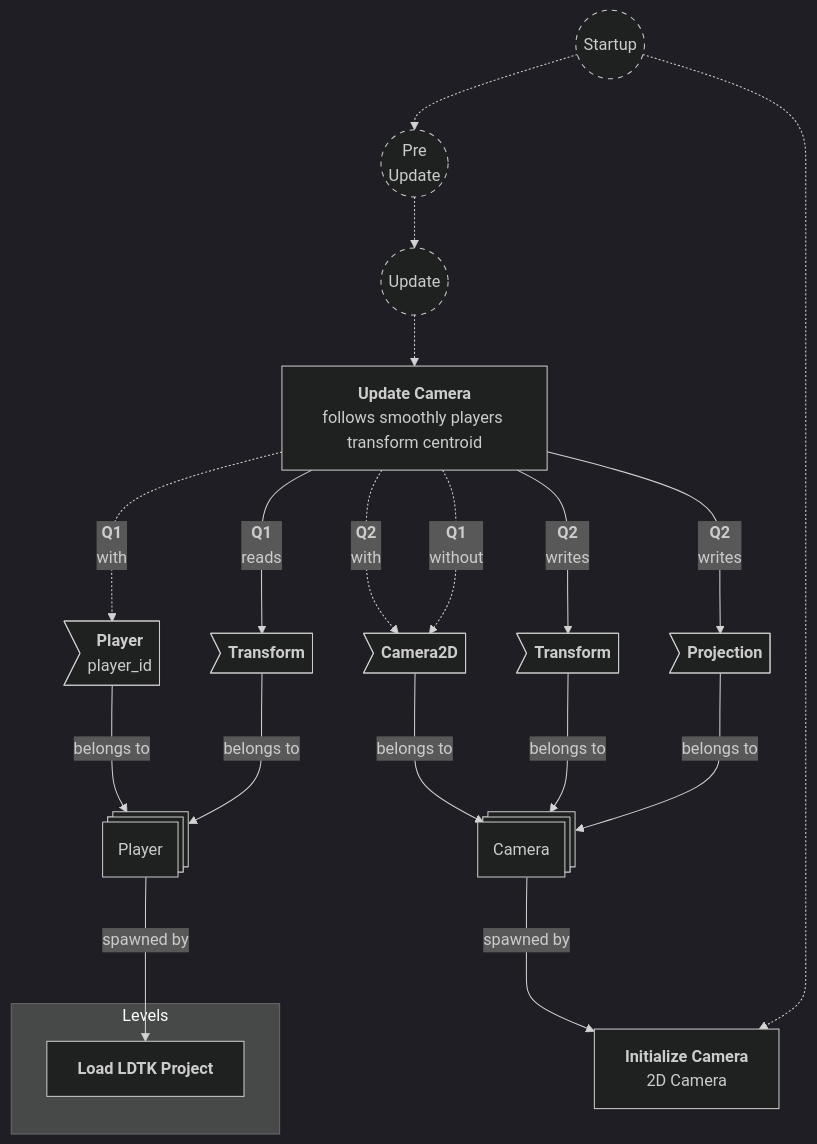
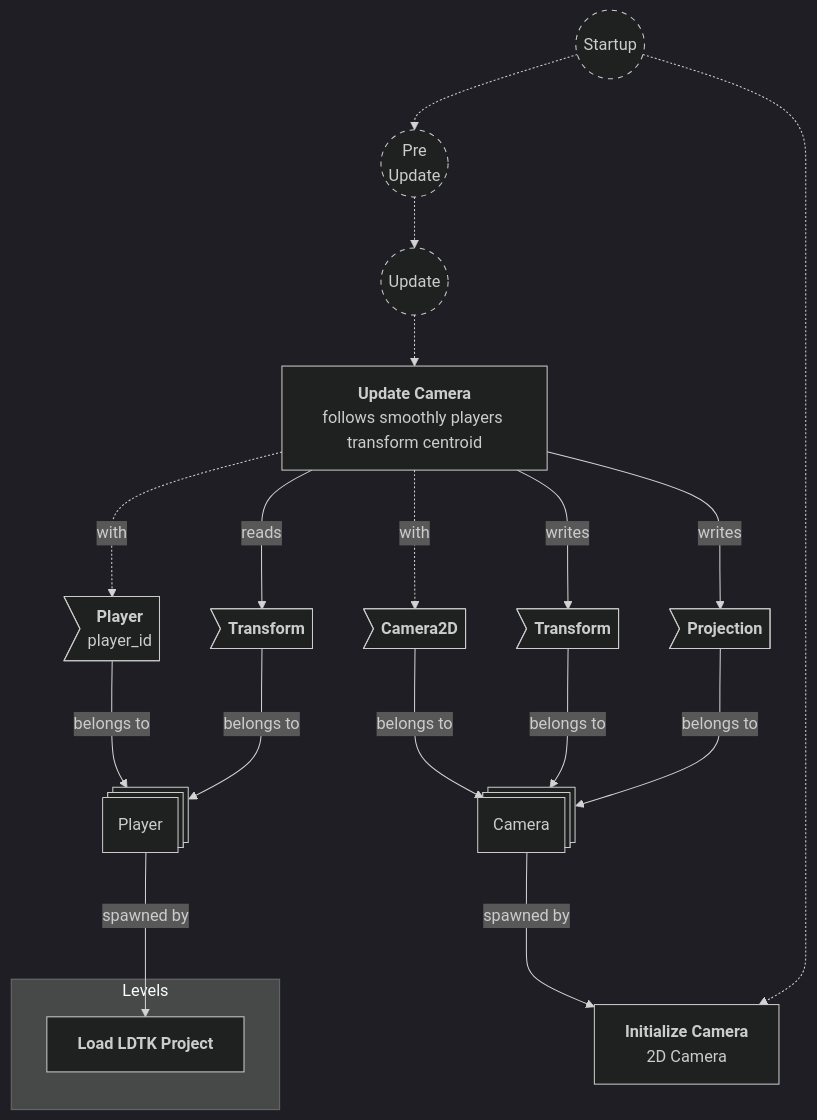
One commit to neurosoup/tyled changed the diagram in backlog/docs/doc-6 - 005-Camera-plugin.md. Above: the diagram before and after it, drawn with Mermaid. The commit also changed other lines of this file and 1 other file, not shown here.

Commit message:
Refactor camera update to use ParamSet

````diff
--- a/backlog/docs/doc-6 - 005-Camera-plugin.md
+++ b/backlog/docs/doc-6 - 005-Camera-plugin.md
@@ -8,50 +8,49 @@
 ```mermaid
 ---
 config:
   theme: dark
 ---
 
 flowchart TD
 
 %% dash for system groups
 classDef system-group stroke-dasharray: 5 5
 
 %%%%%%%%%%%%%%%%%%%%%%%%%%%%
 %%  Entities & Components %%
 %%%%%%%%%%%%%%%%%%%%%%%%%%%%
 
 %% Player entity
 player_entity@{ shape: st-rect, label: "Player" } 
 pe_player_component>"`**Player**<br>player_id`"] ---> |belongs to| player_entity
 pe_transform_component>"`**Transform**`"] ---> |belongs to| player_entity
 player_entity ---> |spawned by| load_ldtk_project
 
 %% Camera Entity
 camera_entity@{ shape: st-rect, label: "Camera" } 
 ce_camera2d_component>"`**Camera2D**`"] ---> |belongs to| camera_entity
 ce_transform_component>"`**Transform**`"] ---> |belongs to| camera_entity
 ce_projection_component>"`**Projection**`"] ---> |belongs to| camera_entity
 camera_entity ---> |spawned by| initialize_camera 
 
 %%%%%%%%%%%%%%%%%%%%%%%
 %%      Systems      %%
 %%%%%%%%%%%%%%%%%%%%%%%
 
 startup((Startup)):::system-group -.-> preupdate(("`Pre<br>Update`")):::system-group -.-> update(("`Update`")):::system-group
 
 initialize_camera["`**Initialize Camera**<br>2D Camera`"]
 update_camera["`**Update Camera**<br>follows smoothly players transform centroid`"]
 
 startup -.-> initialize_camera
 update -.-> update_camera
 
-update_camera ---> |"`**Q2**<br>writes`"| ce_transform_component & ce_projection_component
-update_camera -..-> |"`**Q2**<br>with`"| ce_camera2d_component
-update_camera -..-> |"`**Q1**<br>without`"| ce_camera2d_component
-update_camera ---> |"`**Q1**<br>reads`"| pe_transform_component
-update_camera -..-> |"`**Q1**<br>with`"| pe_player_component
+update_camera ---> |writes| ce_transform_component & ce_projection_component
+update_camera -..-> |with| ce_camera2d_component
+update_camera ---> |reads| pe_transform_component
+update_camera -..-> |with| pe_player_component
 
 subgraph Levels
     load_ldtk_project["`**Load LDTK Project**`"]
 end
 ```
````
